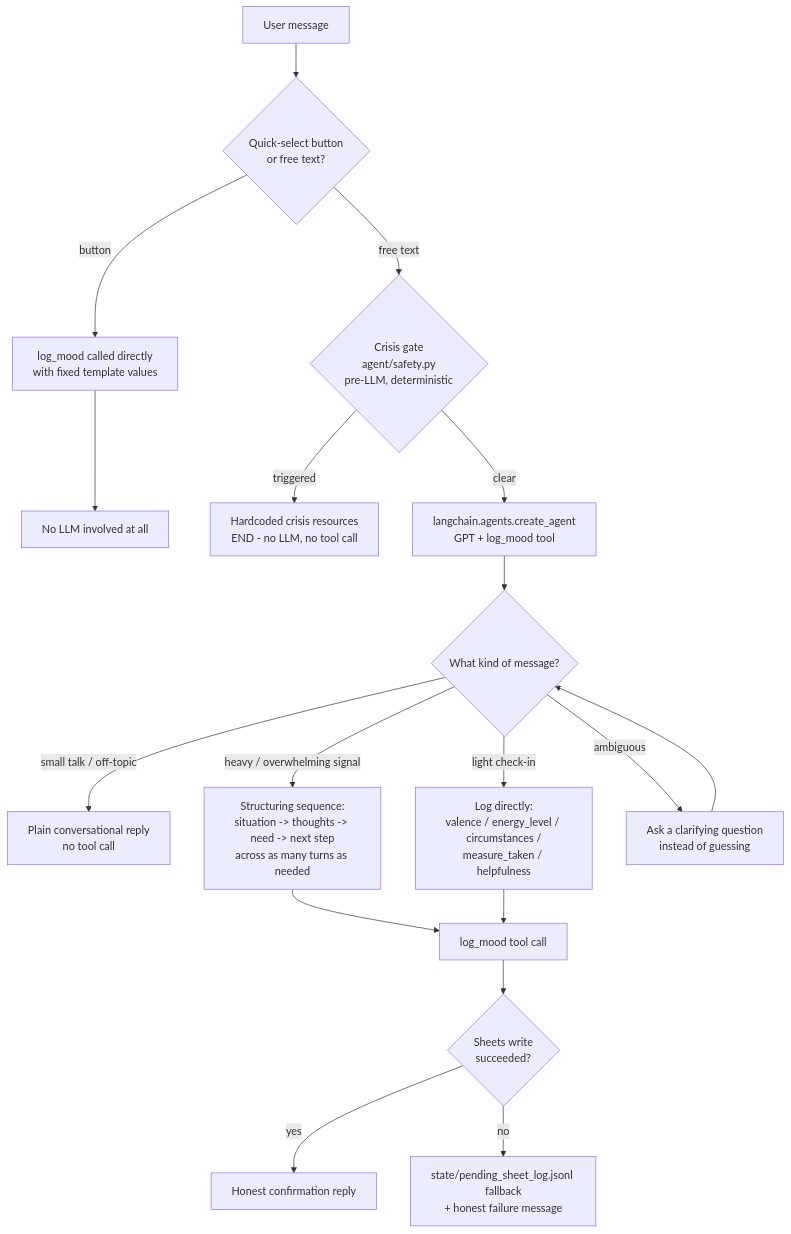
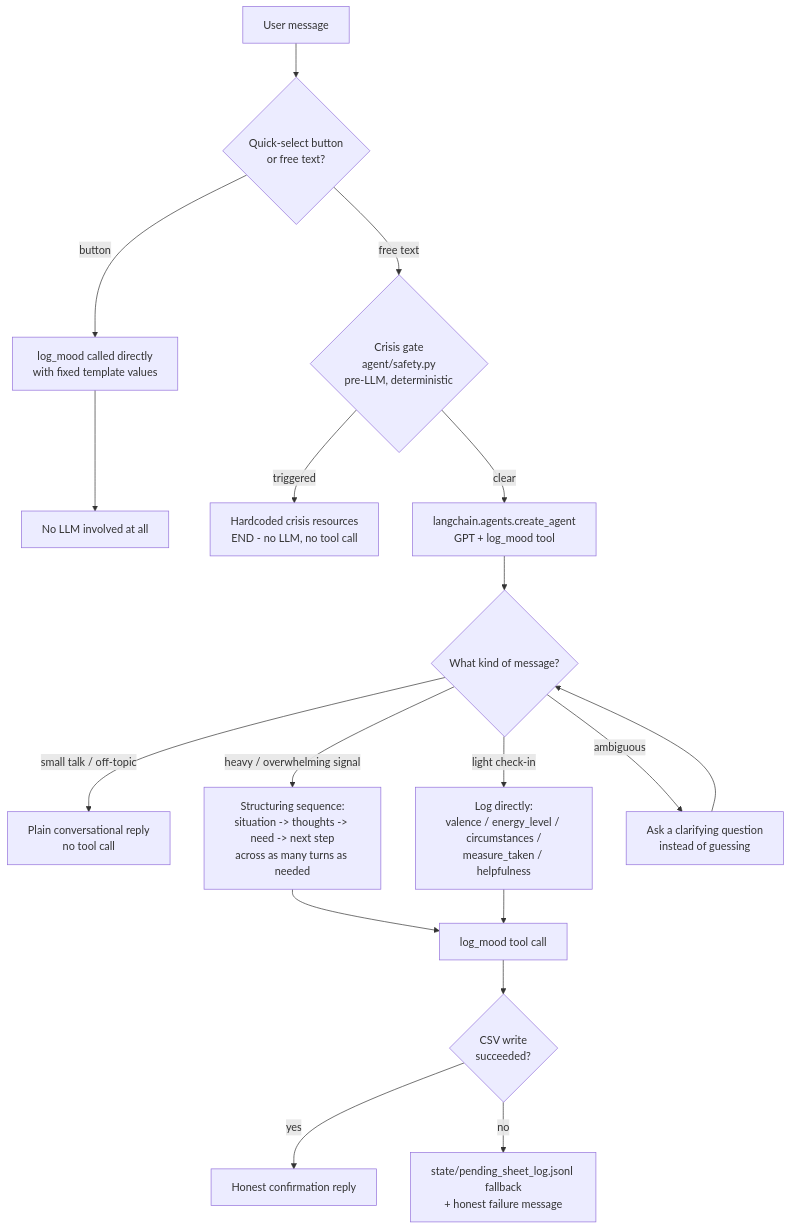
One commit to tscherli/calmops-agent changed the diagram in README.md. Above: the diagram before and after it, drawn with Mermaid. The commit also changed other lines of this file and 35 other files, not shown here.

````diff
--- a/README.md
+++ b/README.md
@@ -21,24 +21,24 @@
 ```mermaid
 flowchart TD
     A[User message] --> B{Quick-select button<br/>or free text?}
     B -- button --> C[log_mood called directly<br/>with fixed template values]
     C --> Z1[No LLM involved at all]
 
     B -- free text --> D{Crisis gate<br/>agent/safety.py<br/>pre-LLM, deterministic}
     D -- triggered --> E[Hardcoded crisis resources<br/>END - no LLM, no tool call]
     D -- clear --> F[langchain.agents.create_agent<br/>GPT + log_mood tool]
 
     F --> G{What kind of message?}
     G -- small talk / off-topic --> H[Plain conversational reply<br/>no tool call]
     G -- heavy / overwhelming signal --> I[Structuring sequence:<br/>situation -> thoughts -> need -> next step<br/>across as many turns as needed]
     G -- light check-in --> J[Log directly:<br/>valence / energy_level / circumstances /<br/>measure_taken / helpfulness]
     G -- ambiguous --> K[Ask a clarifying question<br/>instead of guessing]
 
     I --> L[log_mood tool call]
     J --> L
     K --> G
 
-    L --> M{Sheets write<br/>succeeded?}
+    L --> M{CSV write<br/>succeeded?}
     M -- yes --> N[Honest confirmation reply]
     M -- no --> O[state/pending_sheet_log.jsonl fallback<br/>+ honest failure message]
 ```
````
